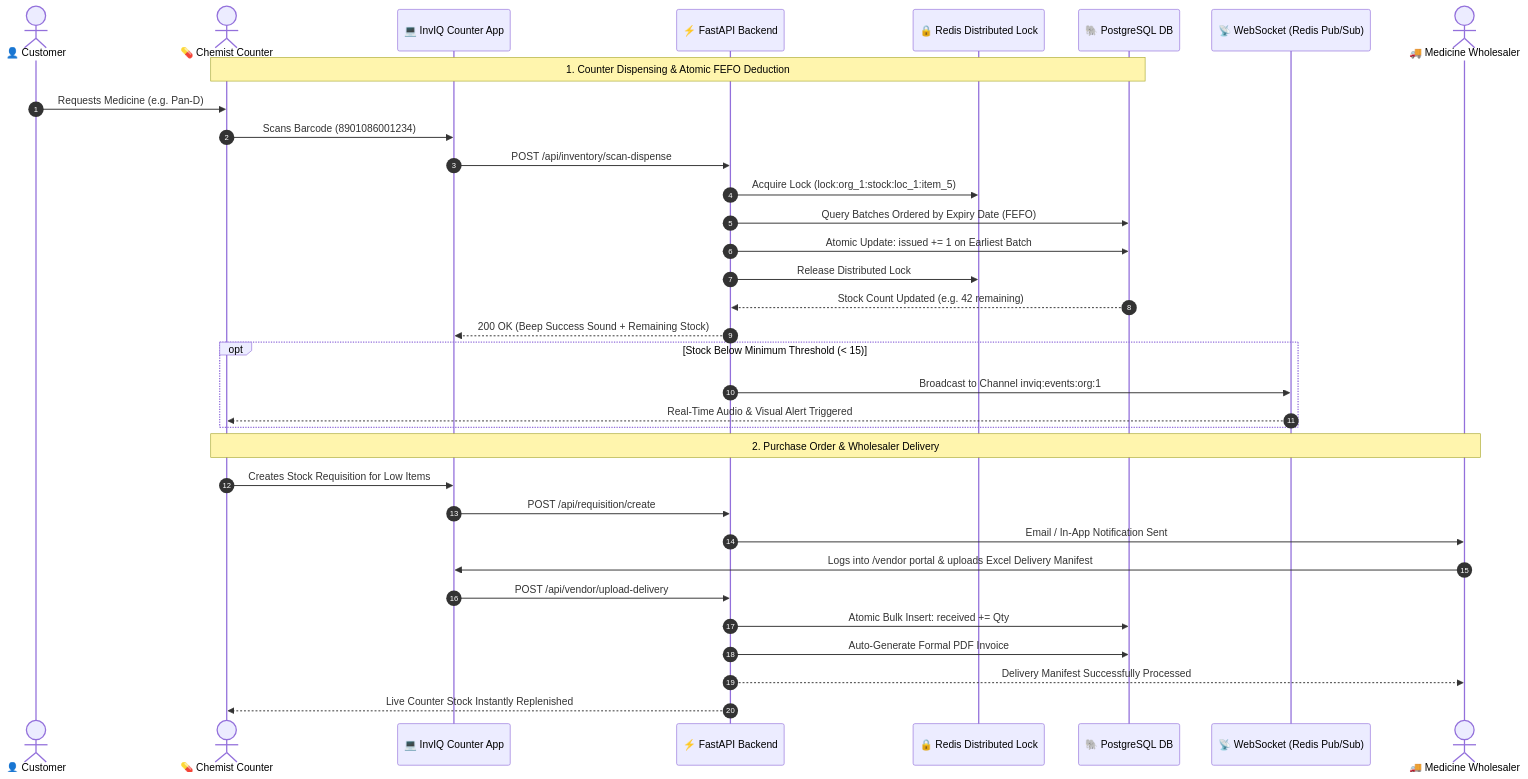
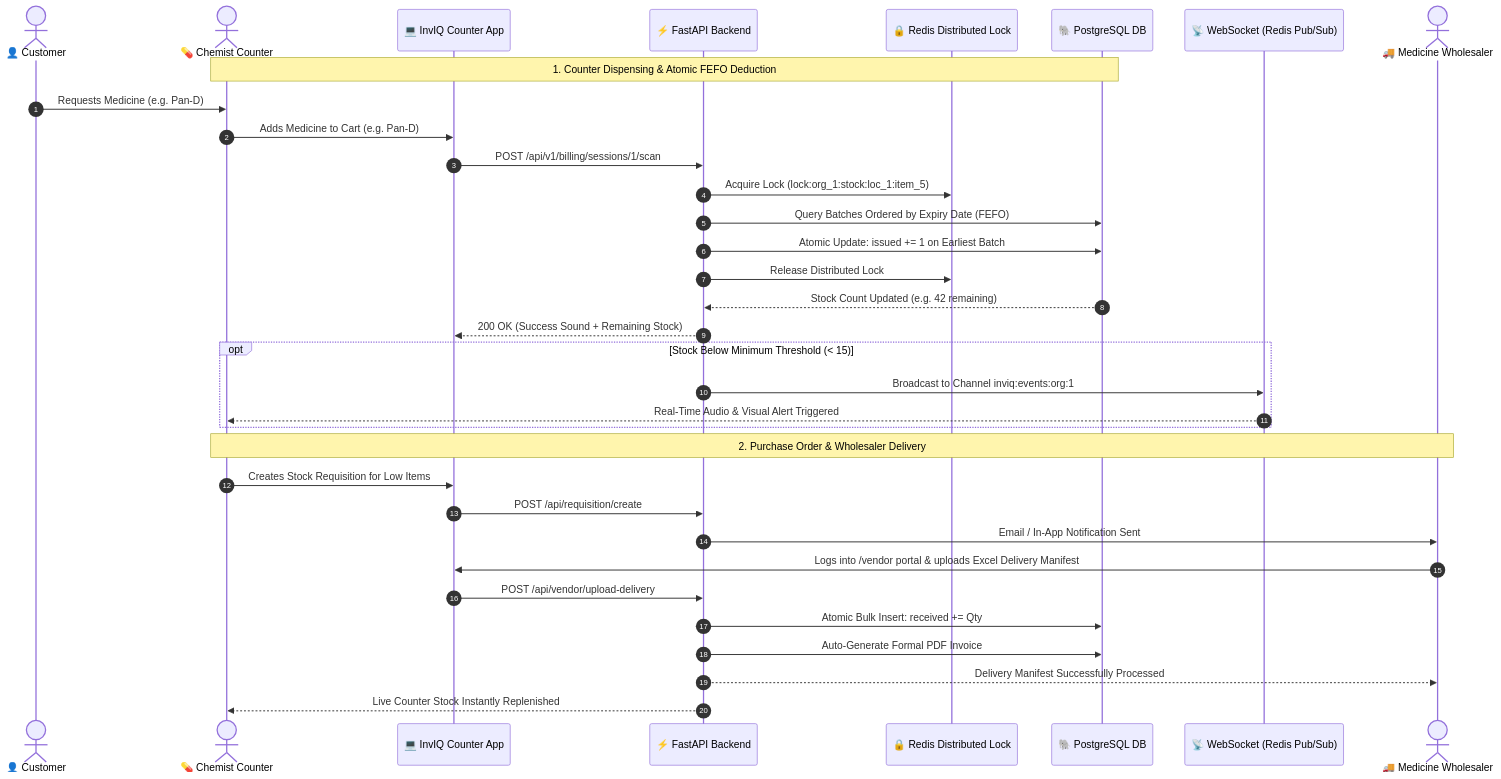
The second of 4 diagrams in README.md (Sayandip05/InvIQ), drawn with Mermaid before and after one commit. The commit also changed other lines of this file, not shown here.

Commit message:
docs: remove barcode references and set language support strictly to English

````diff
--- a/README.md
+++ b/README.md
@@ -219,39 +219,39 @@
 ```mermaid
 sequenceDiagram
     autonumber
     actor Customer as 👤 Customer
     actor Chemist as 💊 Chemist Counter
     participant App as 💻 InvIQ Counter App
     participant API as ⚡ FastAPI Backend
     participant Lock as 🔒 Redis Distributed Lock
     participant DB as 🐘 PostgreSQL DB
     participant WS as 📡 WebSocket (Redis Pub/Sub)
     actor Supplier as 🚚 Medicine Wholesaler
 
     Note over Chemist,DB: 1. Counter Dispensing & Atomic FEFO Deduction
     Customer->>Chemist: Requests Medicine (e.g. Pan-D)
-    Chemist->>App: Scans Barcode (8901086001234)
-    App->>API: POST /api/inventory/scan-dispense
+    Chemist->>App: Adds Medicine to Cart (e.g. Pan-D)
+    App->>API: POST /api/v1/billing/sessions/1/scan
     API->>Lock: Acquire Lock (lock:org_1:stock:loc_1:item_5)
     API->>DB: Query Batches Ordered by Expiry Date (FEFO)
     API->>DB: Atomic Update: issued += 1 on Earliest Batch
     API->>Lock: Release Distributed Lock
     DB-->>API: Stock Count Updated (e.g. 42 remaining)
-    API-->>App: 200 OK (Beep Success Sound + Remaining Stock)
+    API-->>App: 200 OK (Success Sound + Remaining Stock)
     
     opt Stock Below Minimum Threshold (< 15)
         API->>WS: Broadcast to Channel inviq:events:org:1
         WS-->>Chemist: Real-Time Audio & Visual Alert Triggered
     end
 
     Note over Chemist,Supplier: 2. Purchase Order & Wholesaler Delivery
     Chemist->>App: Creates Stock Requisition for Low Items
     App->>API: POST /api/requisition/create
     API->>Supplier: Email / In-App Notification Sent
     Supplier->>App: Logs into /vendor portal & uploads Excel Delivery Manifest
     App->>API: POST /api/vendor/upload-delivery
     API->>DB: Atomic Bulk Insert: received += Qty
     API->>DB: Auto-Generate Formal PDF Invoice
     API-->>Supplier: Delivery Manifest Successfully Processed
     API-->>Chemist: Live Counter Stock Instantly Replenished
 ```
````
